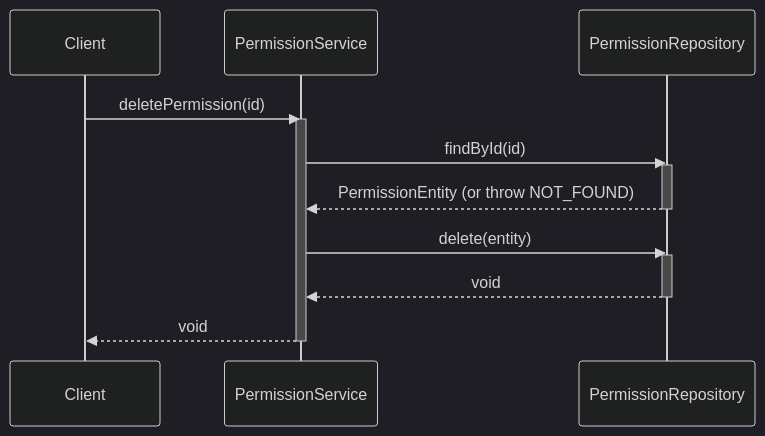
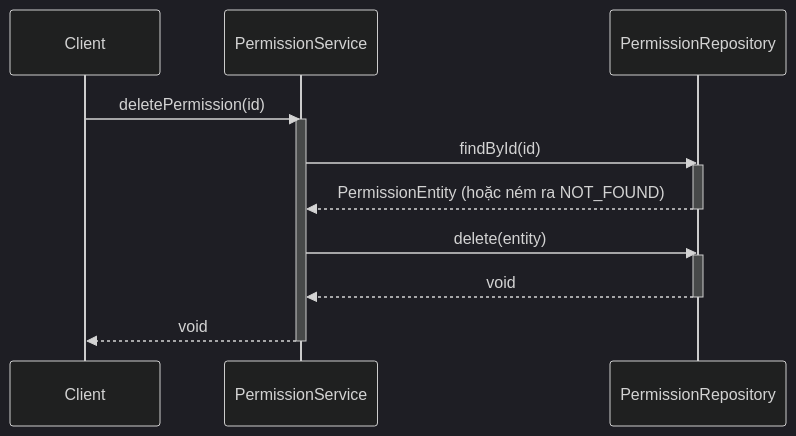
One commit to aquoc09/easymall changed the fourth of 9 diagrams in .agent/sequence/rbac_services_sequence_diagrams.md. Above: the diagram before and after it, drawn with Mermaid (dark theme). The commit also changed other lines of this file and 18 other files, not shown here.

Commit message:
UPDATE: Sequence diagram vietnamese

````diff
--- a/.agent/sequence/rbac_services_sequence_diagrams.md
+++ b/.agent/sequence/rbac_services_sequence_diagrams.md
@@ -93,22 +93,22 @@
 ```mermaid
 sequenceDiagram
     participant Client
     participant PermissionService
     participant PermissionRepository
 
     Client->>PermissionService: deletePermission(id)
     activate PermissionService
 
     PermissionService->>PermissionRepository: findById(id)
     activate PermissionRepository
-    PermissionRepository-->>PermissionService: PermissionEntity (or throw NOT_FOUND)
+    PermissionRepository-->>PermissionService: PermissionEntity (hoặc ném ra NOT_FOUND)
     deactivate PermissionRepository
 
     PermissionService->>PermissionRepository: delete(entity)
     activate PermissionRepository
     PermissionRepository-->>PermissionService: void
     deactivate PermissionRepository
 
     PermissionService-->>Client: void
     deactivate PermissionService
 ```
````
